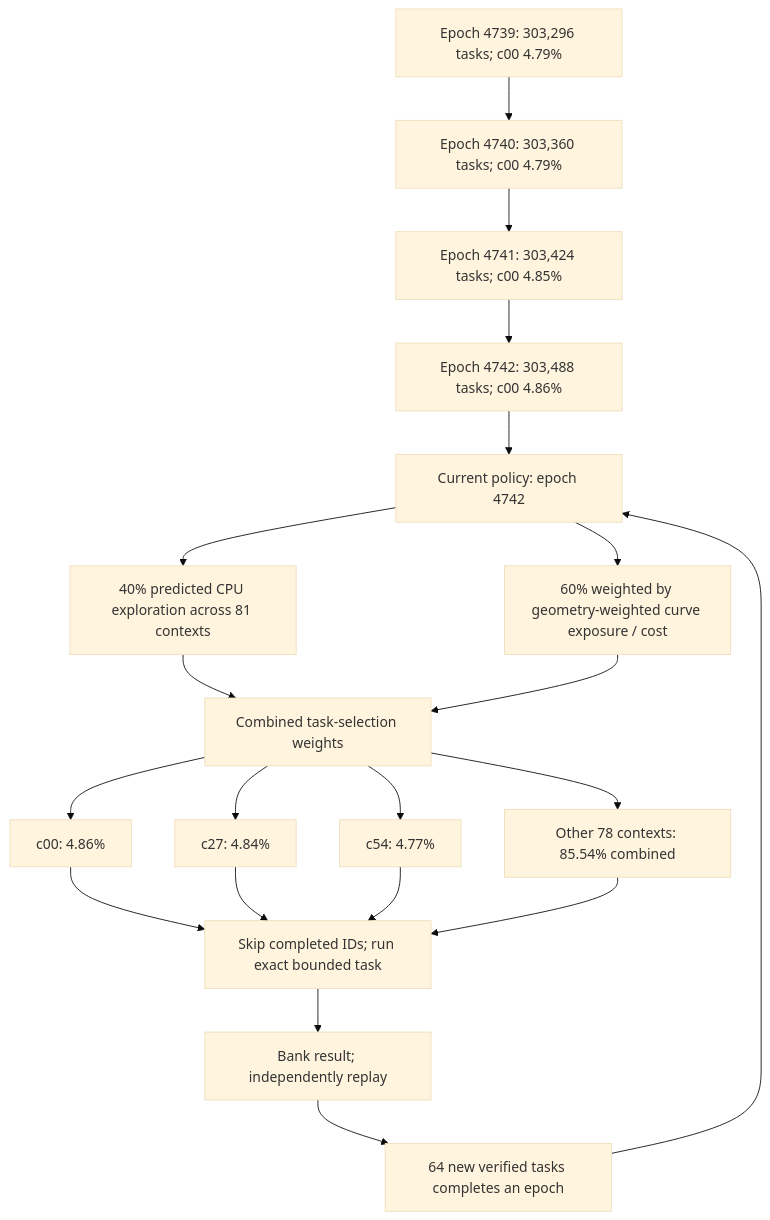
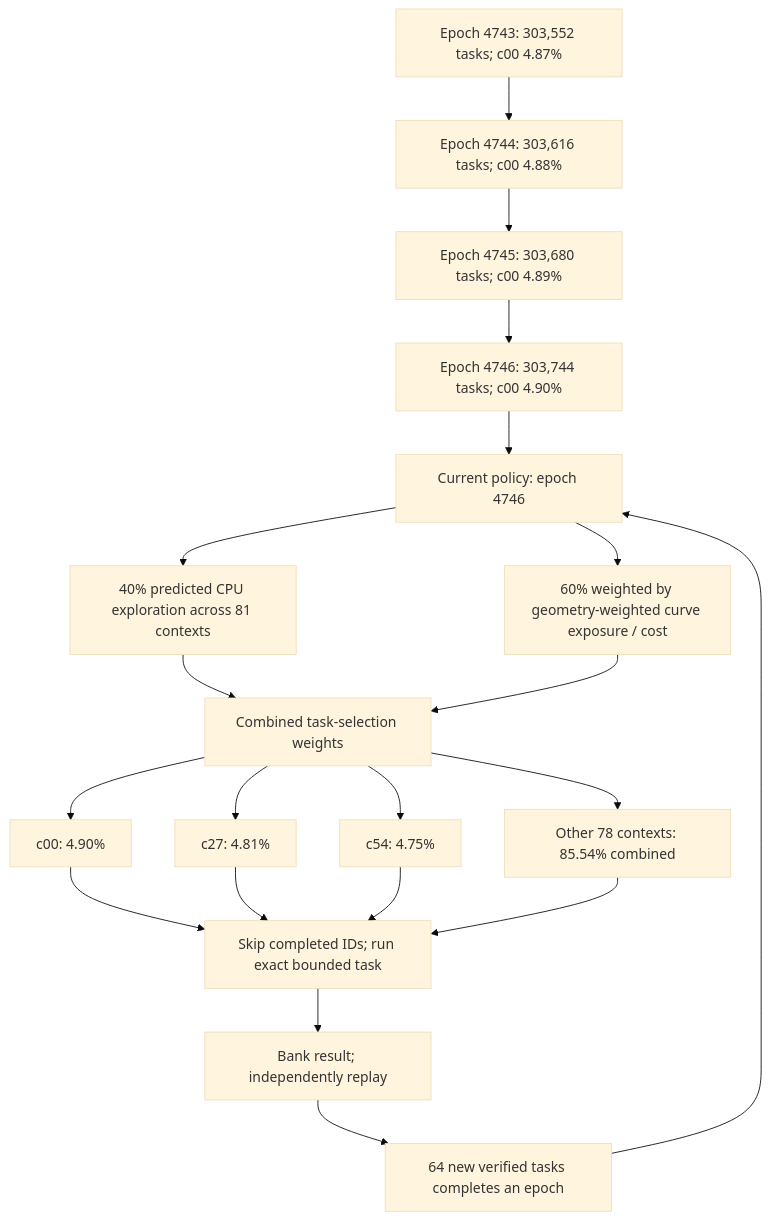
One commit to Kuberwastaken/math-gambling changed the first of 3 diagrams in README.md. Above: the diagram before and after it, drawn with Mermaid (base theme). The commit also changed other lines of this file and 6442 other files, not shown here.

````diff
--- a/README.md
+++ b/README.md
@@ -60,27 +60,27 @@
 ```mermaid
 flowchart TD
-    H0["Epoch 4739: 303,296 tasks; c00 4.79%"]
-    H1["Epoch 4740: 303,360 tasks; c00 4.79%"]
+    H0["Epoch 4743: 303,552 tasks; c00 4.87%"]
+    H1["Epoch 4744: 303,616 tasks; c00 4.88%"]
     H0 --> H1
-    H2["Epoch 4741: 303,424 tasks; c00 4.85%"]
+    H2["Epoch 4745: 303,680 tasks; c00 4.89%"]
     H1 --> H2
-    H3["Epoch 4742: 303,488 tasks; c00 4.86%"]
+    H3["Epoch 4746: 303,744 tasks; c00 4.90%"]
     H2 --> H3
-    Policy["Current policy: epoch 4742"]
+    Policy["Current policy: epoch 4746"]
     H3 --> Policy
     Policy --> Explore["40% predicted CPU exploration across 81 contexts"]
     Policy --> Cost["60% weighted by geometry-weighted curve exposure / cost"]
     Explore --> Mix["Combined task-selection weights"]
     Cost --> Mix
-    Mix --> C0["c00: 4.86%"]
-    Mix --> C1["c27: 4.84%"]
-    Mix --> C2["c54: 4.77%"]
+    Mix --> C0["c00: 4.90%"]
+    Mix --> C1["c27: 4.81%"]
+    Mix --> C2["c54: 4.75%"]
     Mix --> Rest["Other 78 contexts: 85.54% combined"]
     C0 --> Check["Skip completed IDs; run exact bounded task"]
     C1 --> Check
     C2 --> Check
     Rest --> Check
     Check --> Replay["Bank result; independently replay"]
     Replay --> Gate["64 new verified tasks completes an epoch"]
     Gate --> Policy
 ```
````
